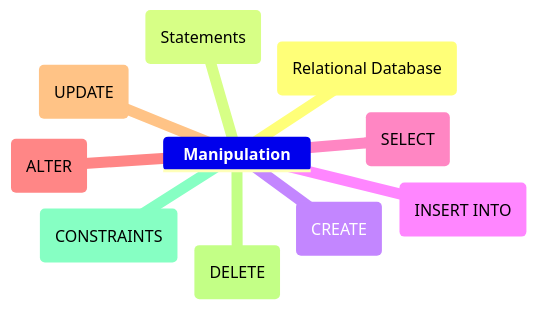
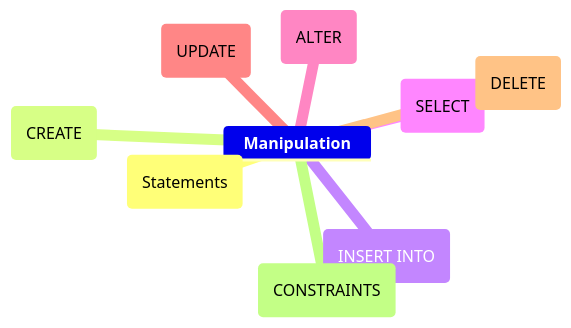
The second of 2 diagrams in SQLite/README.md (MarvinSilcGit/Learning), drawn with Mermaid before and after one commit.

````diff
--- a/SQLite/README.md
+++ b/SQLite/README.md
@@ -22,13 +22,12 @@
 ```mermaid
 mindmap
 	**Manipulation**
-		(Relational Database)
 		(Statements)
 		(CREATE)
 		(INSERT INTO)
 		(SELECT)
 		(ALTER)
 		(UPDATE)
 		(DELETE)
 		(CONSTRAINTS)
 ```
````
